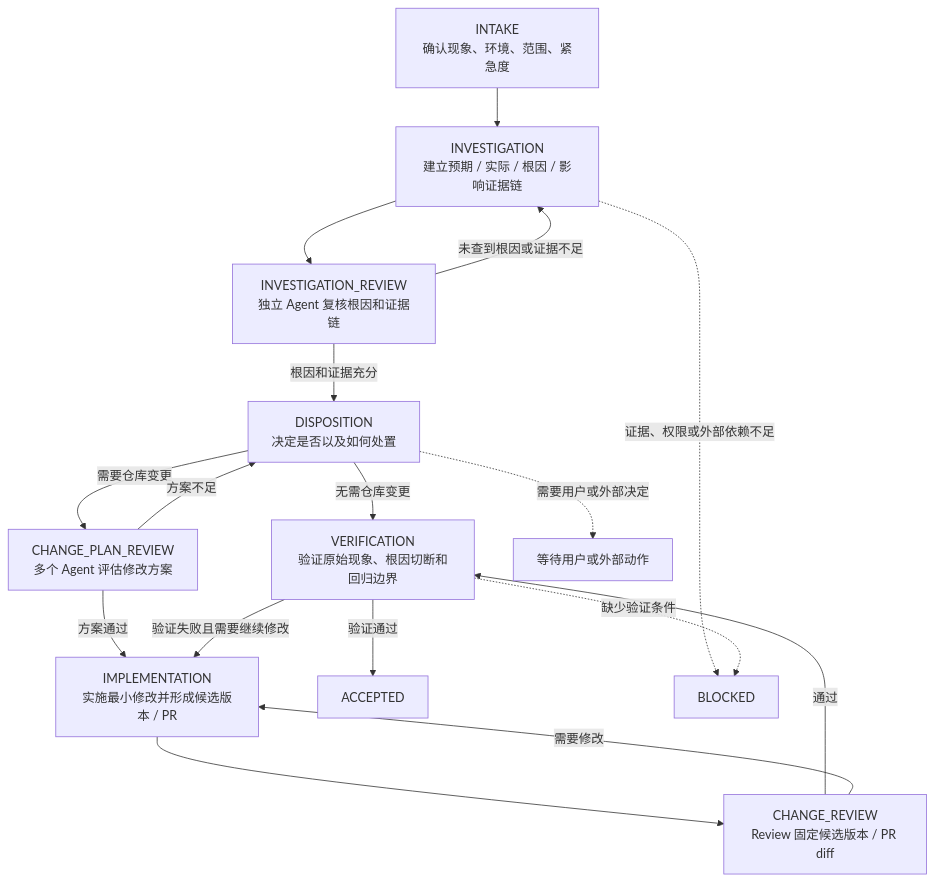
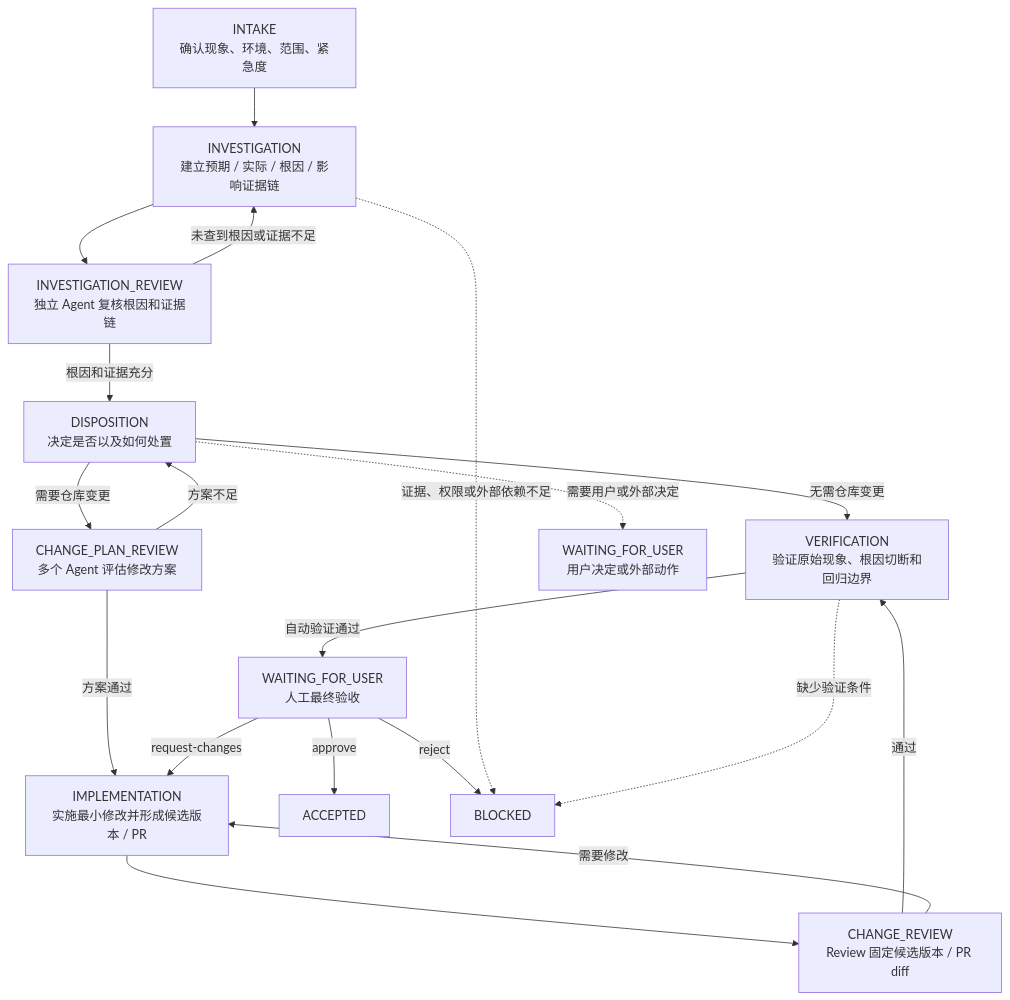
The first of 5 diagrams in docs/01-产品定义/扩展/fix-扩展.md (ZHOUKAILIAN/my-pi-extension), drawn with Mermaid before and after one commit. The commit also changed other lines of this file and 8 other files, not shown here.

````diff
--- a/docs/01-产品定义/扩展/fix-扩展.md
+++ b/docs/01-产品定义/扩展/fix-扩展.md
@@ -20,31 +20,34 @@
 ```mermaid
 flowchart TD
   intake[INTAKE<br/>确认现象、环境、范围、紧急度]
   investigation[INVESTIGATION<br/>建立预期 / 实际 / 根因 / 影响证据链]
   investigationReview[INVESTIGATION_REVIEW<br/>独立 Agent 复核根因和证据链]
   disposition[DISPOSITION<br/>决定是否以及如何处置]
   planReview[CHANGE_PLAN_REVIEW<br/>多个 Agent 评估修改方案]
   implementation[IMPLEMENTATION<br/>实施最小修改并形成候选版本 / PR]
   changeReview[CHANGE_REVIEW<br/>Review 固定候选版本 / PR diff]
   verification[VERIFICATION<br/>验证原始现象、根因切断和回归边界]
+  human[WAITING_FOR_USER<br/>人工最终验收]
   accepted[ACCEPTED]
   blocked[BLOCKED]
-  wait[等待用户或外部动作]
+  wait[WAITING_FOR_USER<br/>用户决定或外部动作]
 
   intake --> investigation
   investigation --> investigationReview
   investigationReview -->|根因和证据充分| disposition
   investigationReview -->|未查到根因或证据不足| investigation
   disposition -->|无需仓库变更| verification
   disposition -->|需要仓库变更| planReview
   planReview -->|方案通过| implementation
   planReview -->|方案不足| disposition
   implementation --> changeReview
   changeReview -->|通过| verification
   changeReview -->|需要修改| implementation
-  verification -->|验证通过| accepted
-  verification -->|验证失败且需要继续修改| implementation
+  verification -->|自动验证通过| human
+  human -->|approve| accepted
+  human -->|request-changes| implementation
+  human -->|reject| blocked
   investigation -.->|证据、权限或外部依赖不足| blocked
   disposition -.->|需要用户或外部决定| wait
   verification -.->|缺少验证条件| blocked
 ```
````
